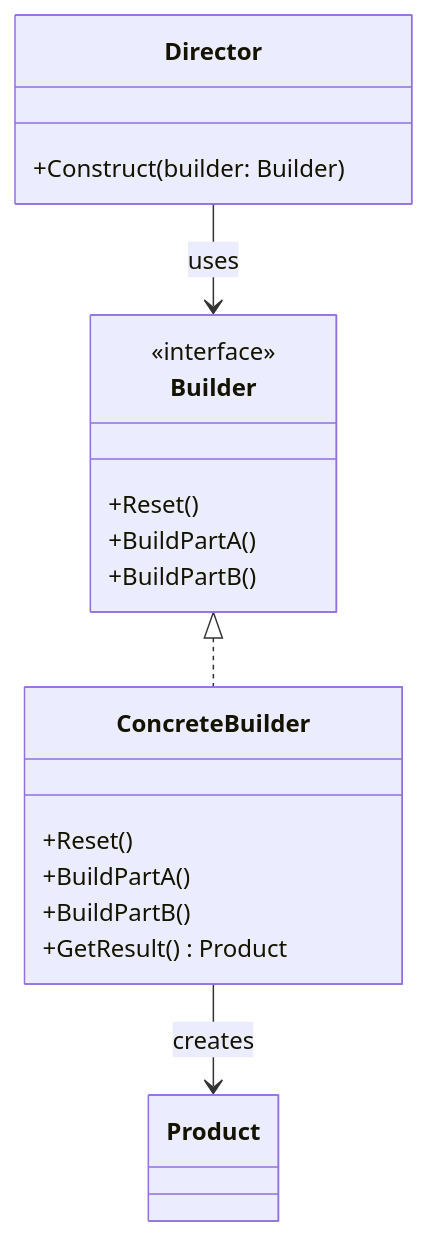
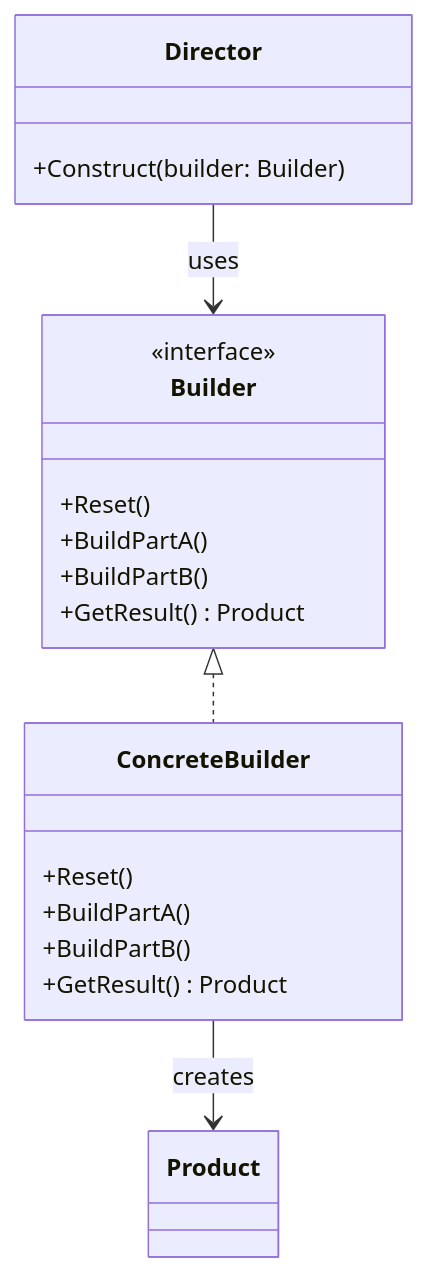
One commit to minijb/Wiki changed the third of 6 diagrams in raw/cs/design-patterns/creational-patterns.md. Above: the diagram before and after it, drawn with Mermaid. The commit also changed other lines of this file and 962 other files, not shown here.

````diff
--- a/raw/cs/design-patterns/creational-patterns.md
+++ b/raw/cs/design-patterns/creational-patterns.md
@@ -291,23 +364,24 @@
 ```mermaid
 classDiagram
     class Builder {
         <<interface>>
         +Reset()
         +BuildPartA()
         +BuildPartB()
+        +GetResult() Product
     }
     class ConcreteBuilder {
         +Reset()
         +BuildPartA()
         +BuildPartB()
         +GetResult() Product
     }
     class Director {
         +Construct(builder: Builder)
     }
     class Product
 
     Builder <|.. ConcreteBuilder
     Director --> Builder : uses
     ConcreteBuilder --> Product : creates
 ```
````
